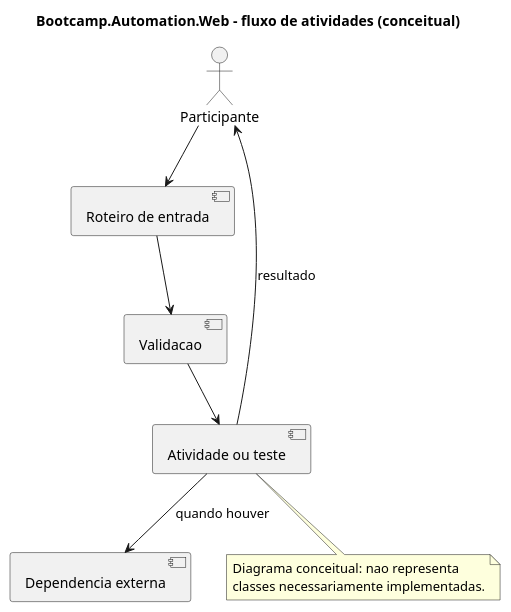
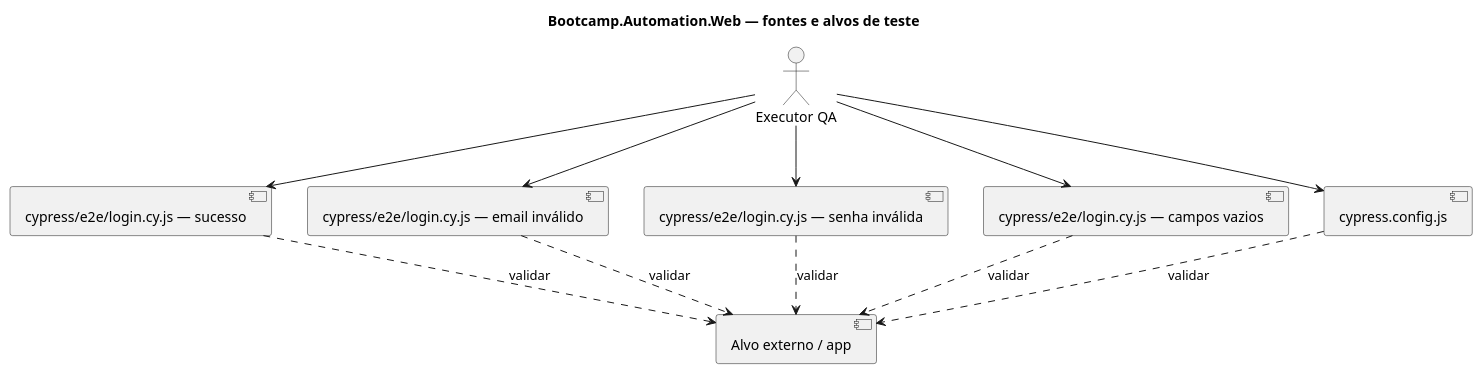
The diagram in docs/UML.puml (DanieldeAlmeida2024/Bootcamp.Automation.Web), drawn with PlantUML before and after one commit. The commit also changed 10 other files, not shown here.

Commit message:
docs(qa): cenarios e diagramas de automacao especificos, versao 1.0.0

```diff
--- a/docs/UML.puml
+++ b/docs/UML.puml
@@ -1,17 +1,20 @@
 @startuml
-title Bootcamp.Automation.Web - fluxo de atividades (conceitual)
-actor Participante
-component "Roteiro de entrada" as Entrada
-component "Validacao" as Validacao
-component "Atividade ou teste" as Atividade
-component "Dependencia externa" as Externa
-Participante --> Entrada
-Entrada --> Validacao
-Validacao --> Atividade
-Atividade --> Externa : quando houver
-Atividade --> Participante : resultado
-note bottom of Atividade
-Diagrama conceitual: nao representa
-classes necessariamente implementadas.
-end note
+title Bootcamp.Automation.Web — fontes e alvos de teste
+actor "Executor QA" as Exec
+component "cypress/e2e/login.cy.js — sucesso" as C0
+Exec --> C0
+component "cypress/e2e/login.cy.js — email inválido" as C1
+Exec --> C1
+component "cypress/e2e/login.cy.js — senha inválida" as C2
+Exec --> C2
+component "cypress/e2e/login.cy.js — campos vazios" as C3
+Exec --> C3
+component "cypress.config.js" as C4
+Exec --> C4
+component "Alvo externo / app" as Ext
+C0 ..> Ext : validar
+C1 ..> Ext : validar
+C2 ..> Ext : validar
+C3 ..> Ext : validar
+C4 ..> Ext : validar
 @enduml
```
